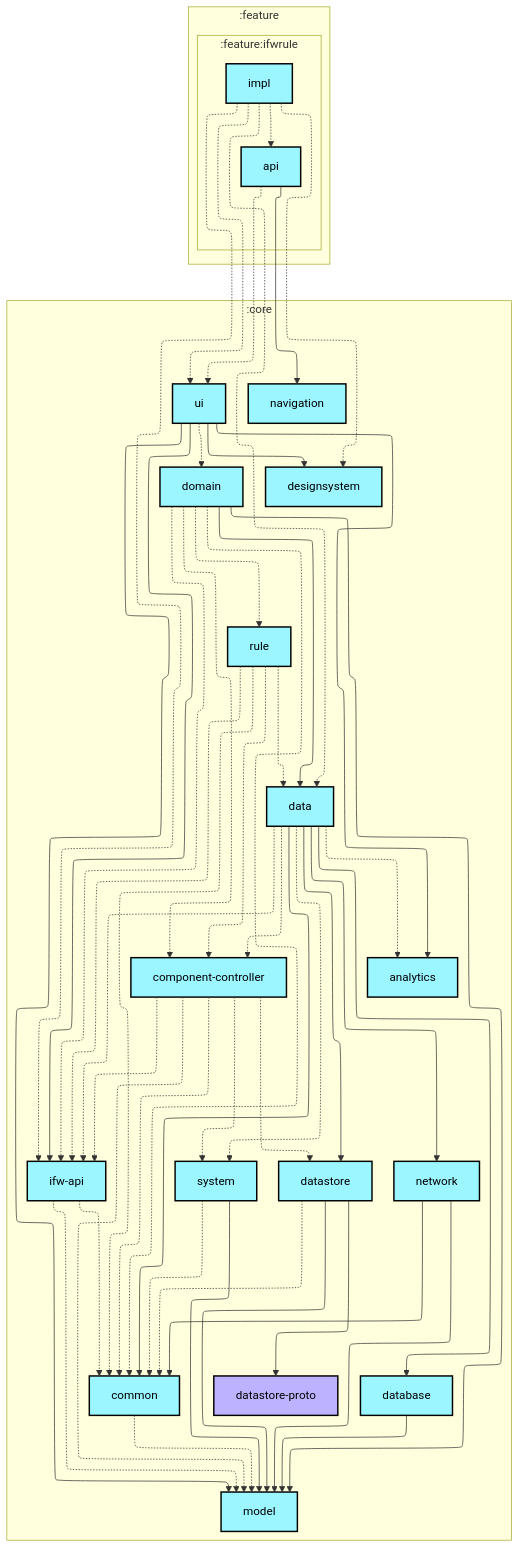
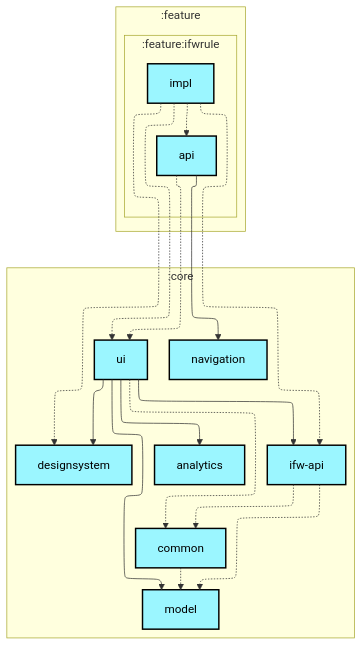
The first of 2 diagrams in feature/ifwrule/impl/README.md (lihenggui/blocker), drawn with Mermaid before and after one commit. The commit also changed 29 other files, not shown here.

```diff
--- a/feature/ifwrule/impl/README.md
+++ b/feature/ifwrule/impl/README.md
@@ -23,64 +23,23 @@
     direction TB
     :core:analytics[analytics]:::android-library
     :core:common[common]:::android-library
-    :core:component-controller[component-controller]:::android-library
-    :core:data[data]:::android-library
-    :core:database[database]:::android-library
-    :core:datastore[datastore]:::android-library
-    :core:datastore-proto[datastore-proto]:::jvm-library
     :core:designsystem[designsystem]:::android-library
-    :core:domain[domain]:::android-library
     :core:ifw-api[ifw-api]:::android-library
     :core:model[model]:::android-library
     :core:navigation[navigation]:::android-library
-    :core:network[network]:::android-library
-    :core:rule[rule]:::android-library
-    :core:system[system]:::android-library
     :core:ui[ui]:::android-library
   end
 
   :core:common -.-> :core:model
-  :core:component-controller -.-> :core:common
-  :core:component-controller -.-> :core:datastore
-  :core:component-controller -.-> :core:ifw-api
-  :core:component-controller -.-> :core:model
-  :core:component-controller -.-> :core:system
-  :core:data -.-> :core:analytics
-  :core:data --> :core:common
-  :core:data -.-> :core:component-controller
-  :core:data --> :core:database
-  :core:data --> :core:datastore
-  :core:data -.-> :core:ifw-api
-  :core:data --> :core:network
-  :core:data -.-> :core:system
-  :core:database --> :core:model
-  :core:datastore -.-> :core:common
-  :core:datastore --> :core:datastore-proto
-  :core:datastore --> :core:model
-  :core:domain -.-> :core:common
-  :core:domain -.-> :core:component-controller
-  :core:domain --> :core:data
-  :core:domain -.-> :core:ifw-api
-  :core:domain --> :core:model
-  :core:domain -.-> :core:rule
   :core:ifw-api -.-> :core:common
   :core:ifw-api -.-> :core:model
-  :core:network --> :core:common
-  :core:network --> :core:model
-  :core:rule -.-> :core:common
-  :core:rule -.-> :core:component-controller
-  :core:rule -.-> :core:data
-  :core:rule -.-> :core:ifw-api
-  :core:system -.-> :core:common
-  :core:system --> :core:model
   :core:ui --> :core:analytics
+  :core:ui -.-> :core:common
   :core:ui --> :core:designsystem
-  :core:ui -.-> :core:domain
   :core:ui --> :core:ifw-api
   :core:ui --> :core:model
   :feature:ifwrule:api --> :core:navigation
   :feature:ifwrule:api -.-> :core:ui
-  :feature:ifwrule:impl -.-> :core:data
   :feature:ifwrule:impl -.-> :core:designsystem
   :feature:ifwrule:impl -.-> :core:ifw-api
   :feature:ifwrule:impl -.-> :core:ui
```
